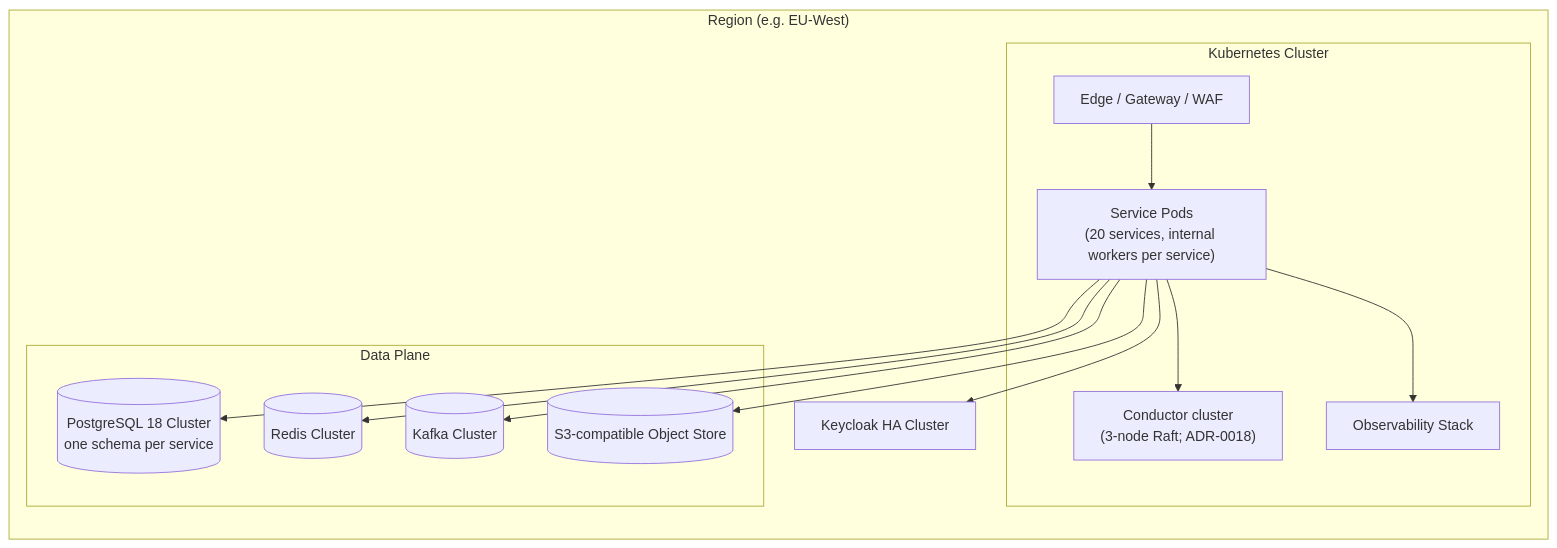
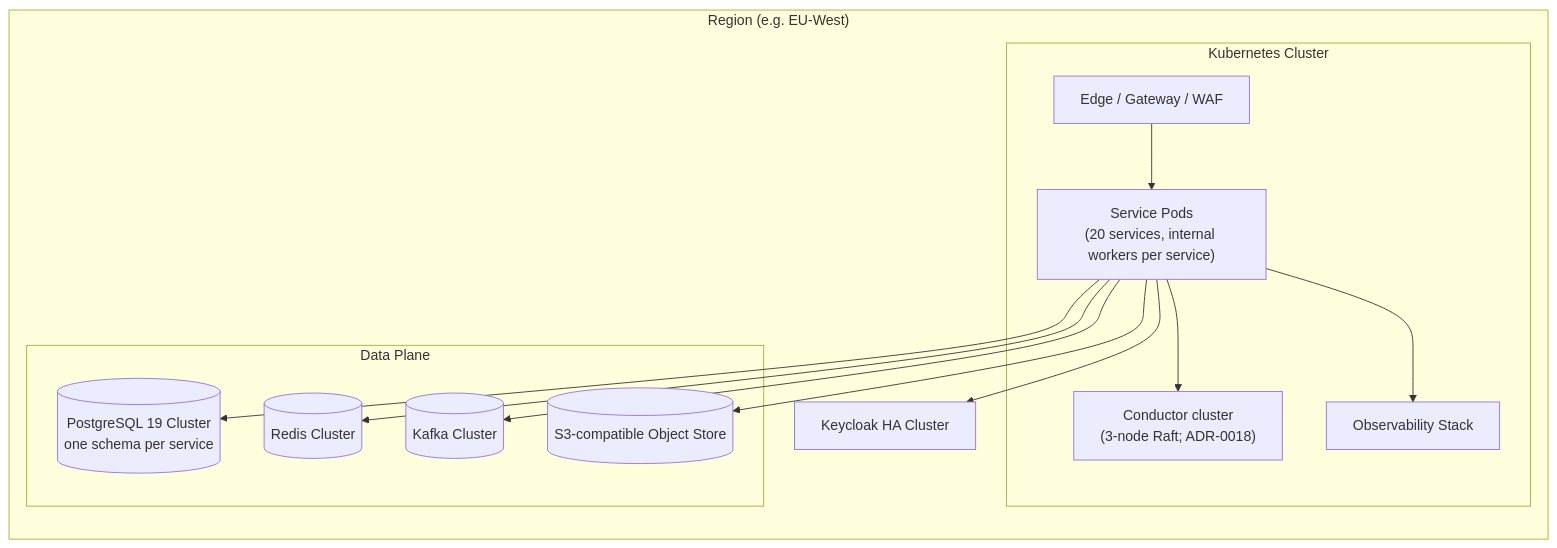
One commit to mohamedhabibwork/trips-enjoy-docs changed the second of 2 diagrams in docs/architecture/SYSTEM_OVERVIEW.md. Above: the diagram before and after it, drawn with Mermaid. The commit also changed other lines of this file and 201 other files, not shown here.

First line of the commit message:
Update documentation for PostgreSQL and Redis versions; introduce request lifecycle events

````diff
--- a/docs/architecture/SYSTEM_OVERVIEW.md
+++ b/docs/architecture/SYSTEM_OVERVIEW.md
@@ -181,27 +187,27 @@
 ```mermaid
 graph LR
     subgraph Region["Region (e.g. EU-West)"]
         subgraph K8s["Kubernetes Cluster"]
             EDG["Edge / Gateway / WAF"]
             SVC["Service Pods<br/>(20 services, internal workers per service)"]
             OBS["Observability Stack"]
             CDR["Conductor cluster<br/>(3-node Raft; ADR-0018)"]
         end
         subgraph Data["Data Plane"]
-            PG[("PostgreSQL 18 Cluster<br/>one schema per service")]
+            PG[("PostgreSQL 19 Cluster<br/>one schema per service")]
             RD[("Redis Cluster")]
             MQ[("Kafka Cluster")]
             S3[("S3-compatible Object Store")]
         end
         IDP["Keycloak HA Cluster"]
     end
 
     EDG --> SVC
     SVC --> PG
     SVC --> RD
     SVC --> MQ
     SVC --> S3
     SVC --> CDR
     SVC --> IDP
     SVC --> OBS
 ```
````
